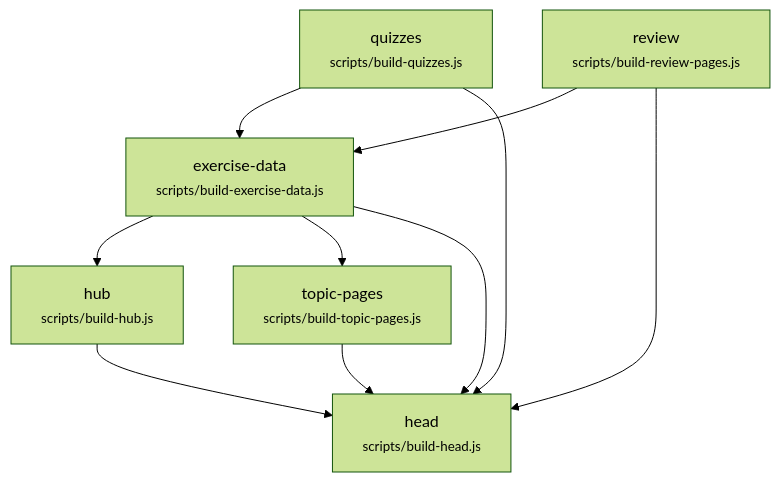
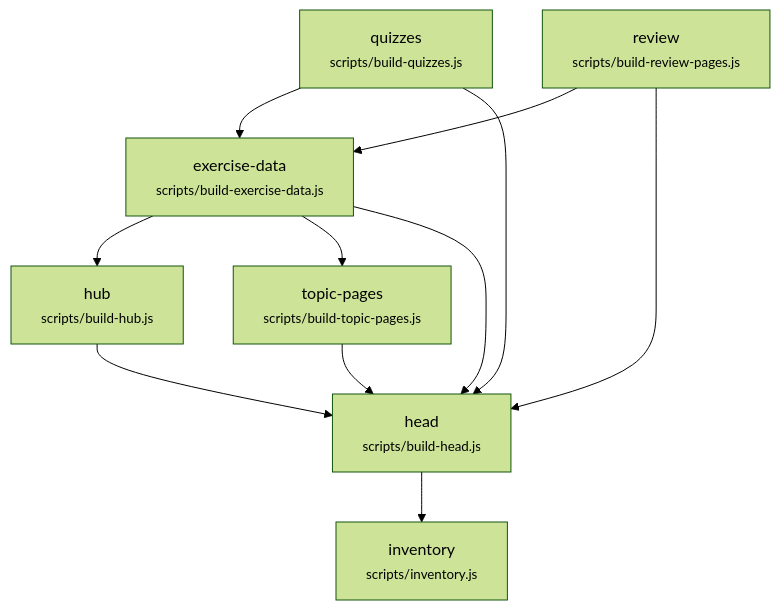
One commit to EnglishOnlineTraining/vocab-games changed the diagram in docs/build-graph.mmd. Above: the diagram before and after it, drawn with Mermaid (forest theme). The commit also changed 10 other files, not shown here.

```diff
--- a/docs/build-graph.mmd
+++ b/docs/build-graph.mmd
@@ -1,18 +1,20 @@
 %% GENERATED by scripts/build.js --write-graph — do not edit by hand.
 %% Run `node scripts/build.js --write-graph` after changing scripts/pipeline.js.
 graph TD
   quizzes["quizzes<br/><small>scripts/build-quizzes.js</small>"]
   review["review<br/><small>scripts/build-review-pages.js</small>"]
   exercise_data["exercise-data<br/><small>scripts/build-exercise-data.js</small>"]
   hub["hub<br/><small>scripts/build-hub.js</small>"]
   topic_pages["topic-pages<br/><small>scripts/build-topic-pages.js</small>"]
   head["head<br/><small>scripts/build-head.js</small>"]
+  inventory["inventory<br/><small>scripts/inventory.js</small>"]
   quizzes --> exercise_data
   review --> exercise_data
   exercise_data --> hub
   exercise_data --> topic_pages
   hub --> head
   topic_pages --> head
   quizzes --> head
   review --> head
   exercise_data --> head
+  head --> inventory
```
